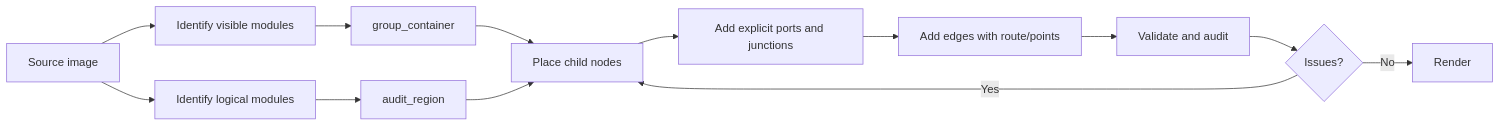
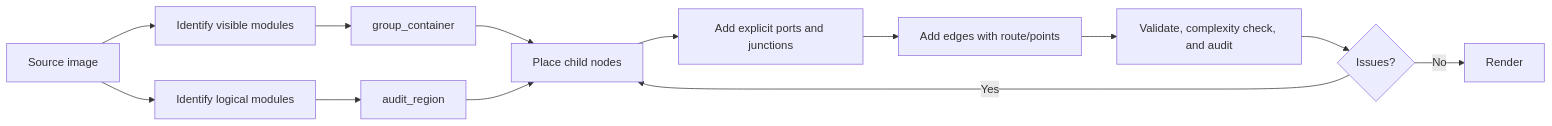
The second of 4 diagrams in docs/workflow.md (symyyds/Fig4Visio), drawn with Mermaid before and after one commit. The commit also changed other lines of this file and 30 other files, not shown here.

````diff
--- a/docs/workflow.md
+++ b/docs/workflow.md
@@ -28,15 +31,15 @@
 ```mermaid
 flowchart LR
   A["Source image"] --> B["Identify visible modules"]
   A --> C["Identify logical modules"]
   B --> D["group_container"]
   C --> E["audit_region"]
   D --> F["Place child nodes"]
   E --> F
   F --> G["Add explicit ports and junctions"]
   G --> H["Add edges with route/points"]
-  H --> I["Validate and audit"]
+  H --> I["Validate, complexity check, and audit"]
   I --> J{"Issues?"}
   J -- "Yes" --> F
   J -- "No" --> K["Render"]
 ```
````
